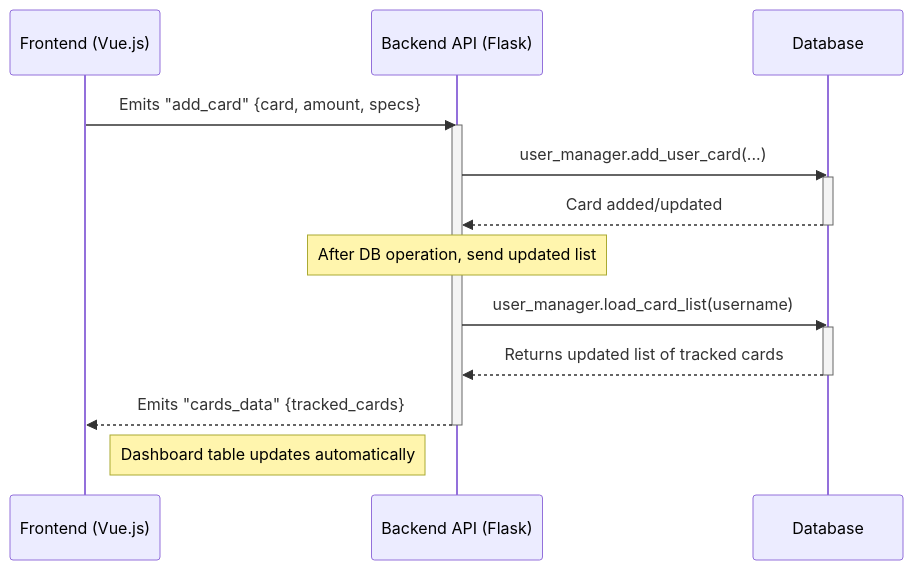
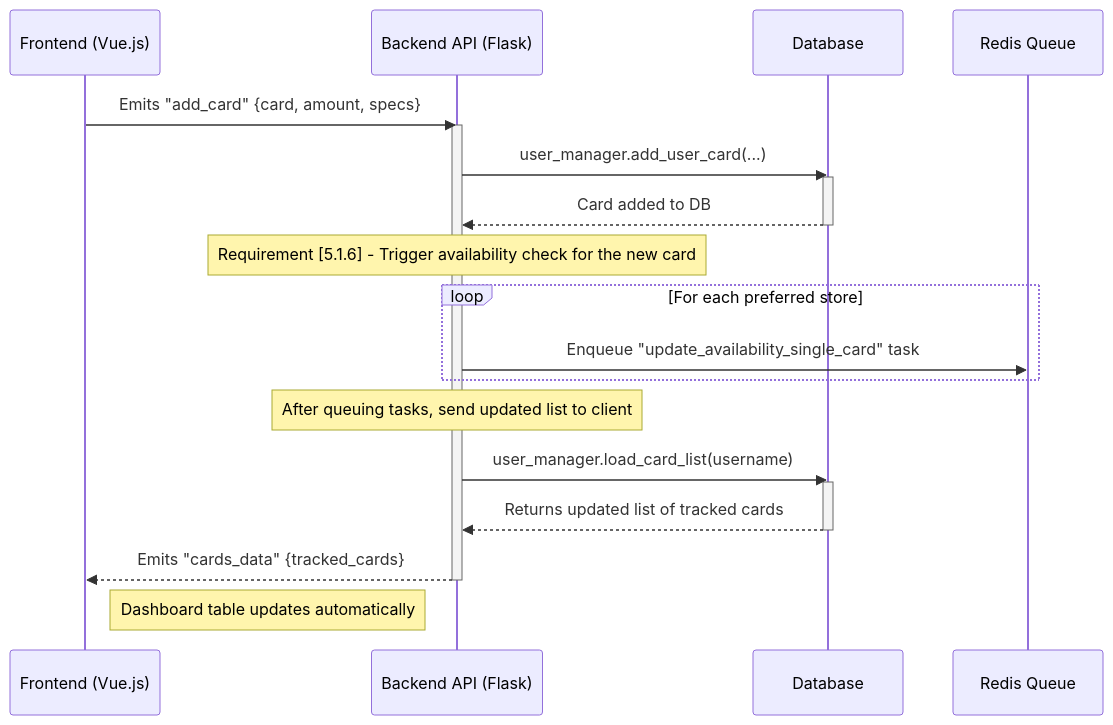
One commit to smileyface/LGS-Stock-Checker changed the third of 10 diagrams in docs/docs.md. Above: the diagram before and after it, drawn with Mermaid. The commit also changed other lines of this file and 3 other files, not shown here.

````diff
--- a/docs/docs.md
+++ b/docs/docs.md
@@ -105,23 +105,29 @@
 ```mermaid
 sequenceDiagram
     participant Client as Frontend (Vue.js)
     participant Backend as Backend API (Flask)
     participant DB as Database
+    participant Redis as Redis Queue
 
     Client->>Backend: Emits "add_card" {card, amount, specs}
     activate Backend
     Backend->>DB: user_manager.add_user_card(...)
     activate DB
-    DB-->>Backend: Card added/updated
+    DB-->>Backend: Card added to DB
     deactivate DB
 
-    Note over Backend: After DB operation, send updated list
+    note over Backend: Requirement [5.1.6] - Trigger availability check for the new card
+    loop For each preferred store
+        Backend->>Redis: Enqueue "update_availability_single_card" task
+    end
+
+    note over Backend: After queuing tasks, send updated list to client
     Backend->>DB: user_manager.load_card_list(username)
     activate DB
     DB-->>Backend: Returns updated list of tracked cards
     deactivate DB
 
     Backend-->>Client: Emits "cards_data" {tracked_cards}
     deactivate Backend
     Note right of Client: Dashboard table updates automatically
 ```
````
